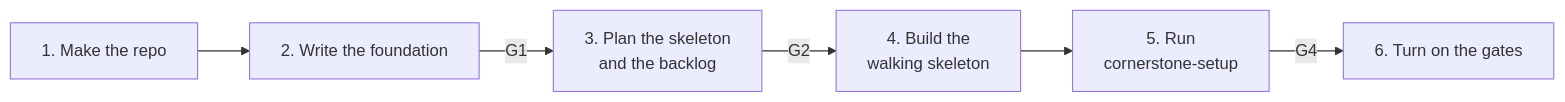
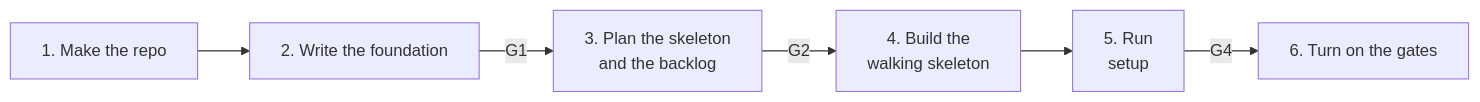
One commit to brawblan/ai-workflow changed the diagram in docs/guides/start-a-project.md. Above: the diagram before and after it, drawn with Mermaid. The commit also changed other lines of this file and 41 other files, not shown here.

First line of the commit message:
chore(plugin): rename the workflow plugin to cornerstone, and cornerstone-setup to setup

````diff
--- a/docs/guides/start-a-project.md
+++ b/docs/guides/start-a-project.md
@@ -20,4 +20,4 @@
 ```mermaid
 flowchart LR
-  A[1. Make the repo] --> B[2. Write the foundation] -->|G1| C[3. Plan the skeleton<br/>and the backlog] -->|G2| D[4. Build the<br/>walking skeleton] --> E[5. Run<br/>cornerstone-setup] -->|G4| F[6. Turn on the gates]
+  A[1. Make the repo] --> B[2. Write the foundation] -->|G1| C[3. Plan the skeleton<br/>and the backlog] -->|G2| D[4. Build the<br/>walking skeleton] --> E[5. Run<br/>setup] -->|G4| F[6. Turn on the gates]
 ```
````
